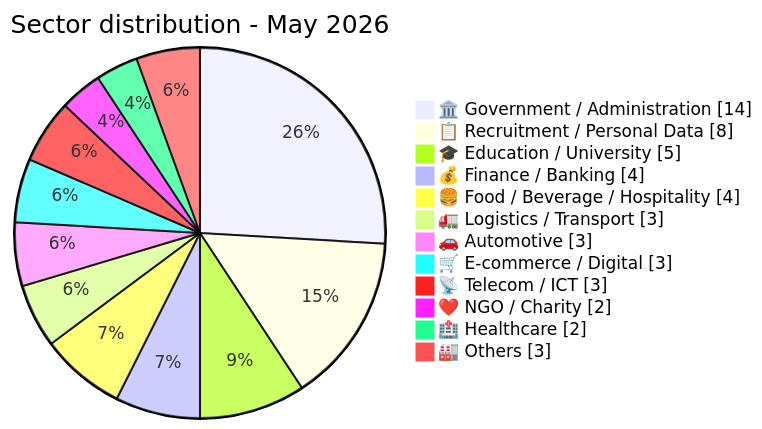
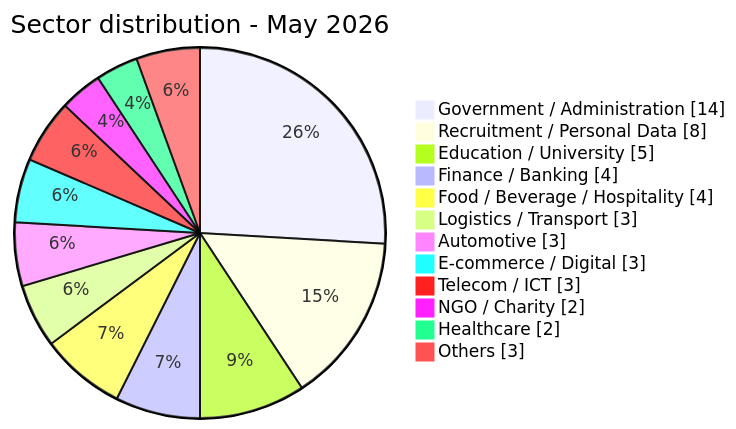
Before and after one commit to Hatchepsoute/AFRINTEL: the third of 4 diagrams in CyberAttackAfrica/2026/05-may/README.md, drawn with Mermaid. The commit also changed other lines of this file and 11 other files, not shown here.

First line of the commit message:
fix: remove all emojis from Mermaid labels in Jan-Jun 2026 reports

````diff
--- a/CyberAttackAfrica/2026/05-may/README.md
+++ b/CyberAttackAfrica/2026/05-may/README.md
@@ -178,16 +178,16 @@
 ```mermaid
 pie showData
-    title Sector distribution - May 2026
-    "🏛️ Government / Administration" : 14
-    "📋 Recruitment / Personal Data" : 8
-    "🎓 Education / University" : 5
-    "💰 Finance / Banking" : 4
-    "🍔 Food / Beverage / Hospitality" : 4
-    "🚛 Logistics / Transport" : 3
-    "🚗 Automotive" : 3
-    "🛒 E-commerce / Digital" : 3
-    "📡 Telecom / ICT" : 3
-    "❤️ NGO / Charity" : 2
-    "🏥 Healthcare" : 2
-    "🏭 Others" : 3
+ title Sector distribution - May 2026
+ "Government / Administration" : 14
+ "Recruitment / Personal Data" : 8
+ "Education / University" : 5
+ "Finance / Banking" : 4
+ "Food / Beverage / Hospitality" : 4
+ "Logistics / Transport" : 3
+ "Automotive" : 3
+ "E-commerce / Digital" : 3
+ "Telecom / ICT" : 3
+ "NGO / Charity" : 2
+ "Healthcare" : 2
+ "Others" : 3
 ```
````
